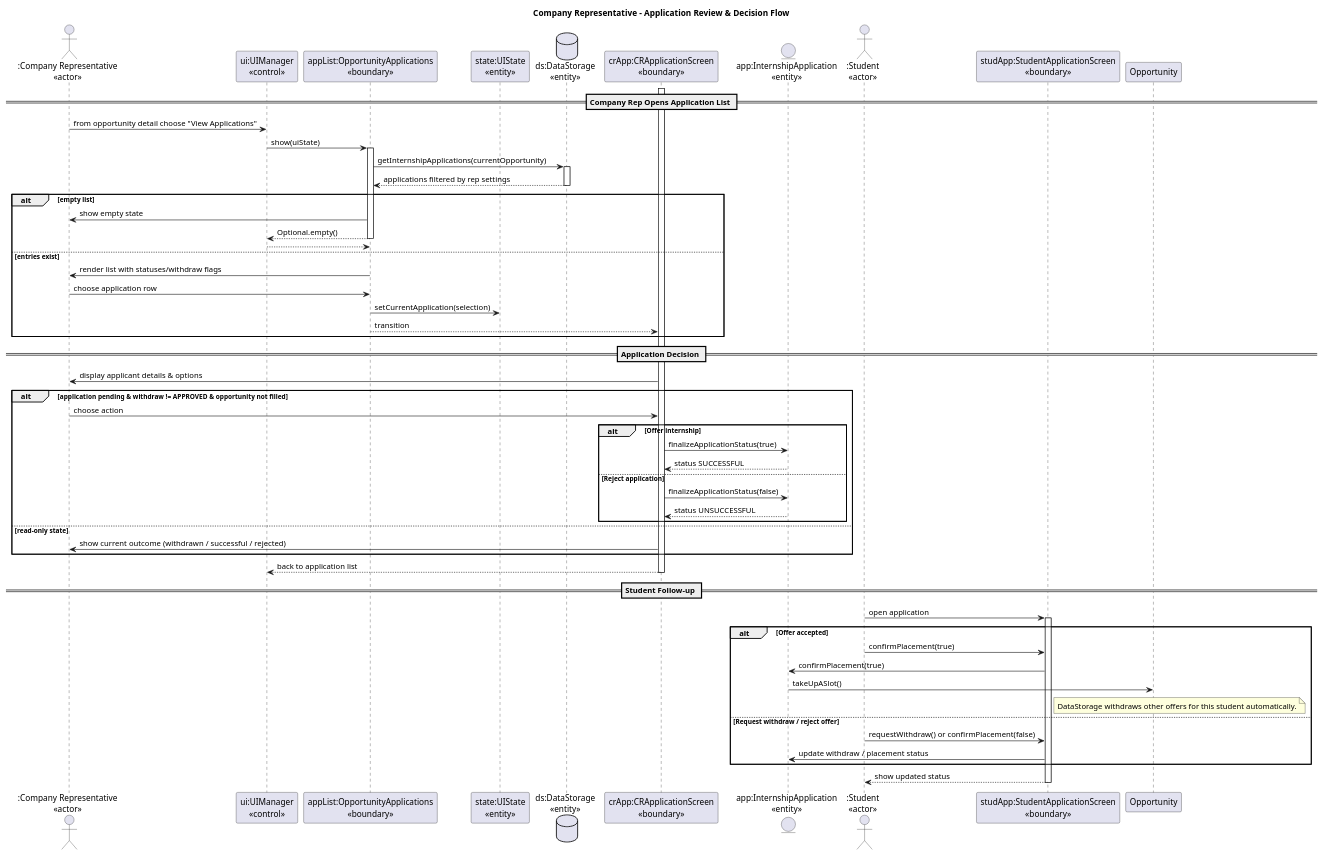
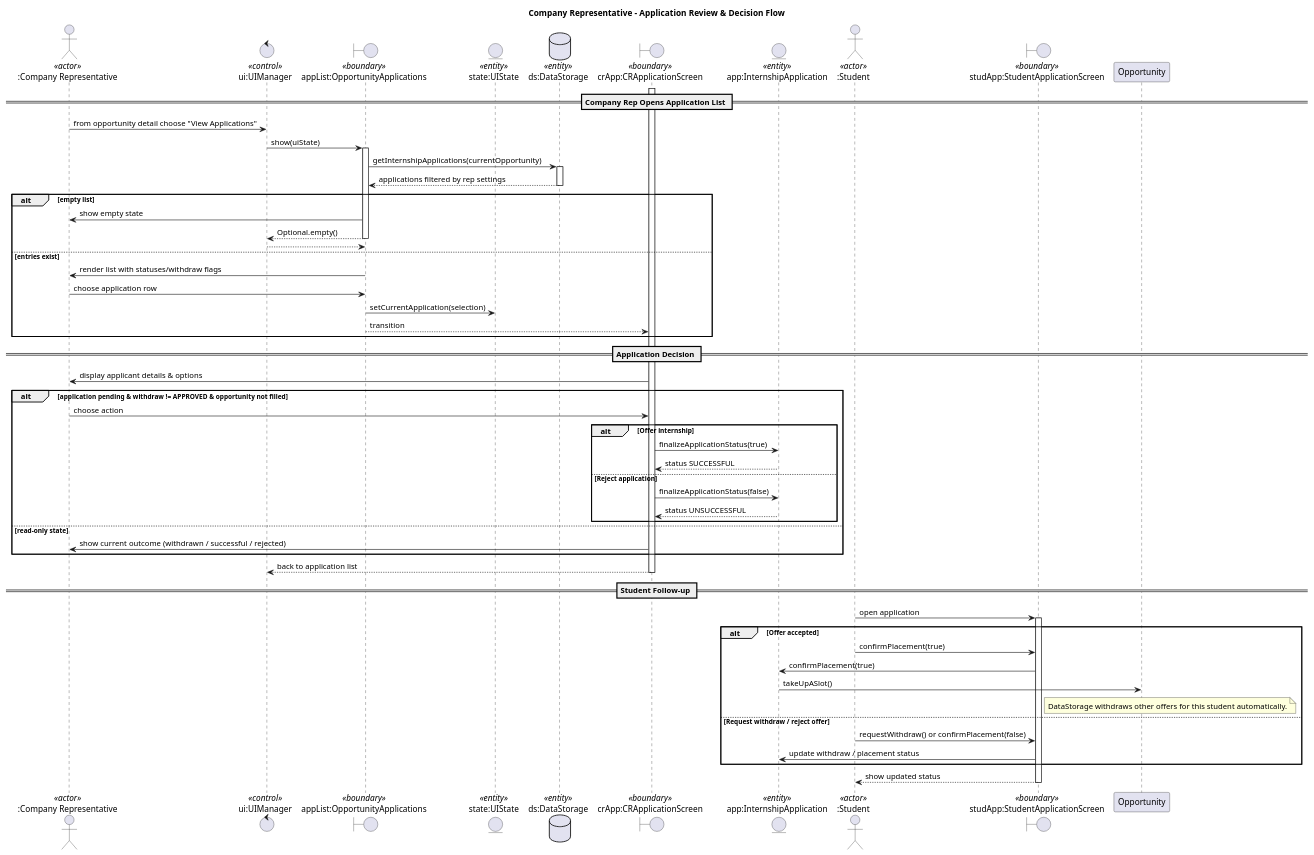
The diagram in docs/internship_management_system/UMLDiagrams/SequenceDiagrams/company_rep_application_flow.puml (wangxinyue9/SC2002), drawn with PlantUML before and after one commit. The commit also changed 3 other files, not shown here.

Commit message:
edited the sequence diagrams to show the uml class stereotypes correctly

```diff
--- a/docs/internship_management_system/UMLDiagrams/SequenceDiagrams/company_rep_application_flow.puml
+++ b/docs/internship_management_system/UMLDiagrams/SequenceDiagrams/company_rep_application_flow.puml
@@ -1,70 +1,70 @@
 @startuml
-title Company Representative – Application Review & Decision Flow
+title Company Representative - Application Review & Decision Flow
 
-actor ":Company Representative\n<<actor>>" as CR
-participant "ui:UIManager\n<<control>>" as UIManager
-participant "appList:OpportunityApplications\n<<boundary>>" as AppList
-participant "state:UIState\n<<entity>>" as UIState
-database "ds:DataStorage\n<<entity>>" as DataStorage
-participant "crApp:CRApplicationScreen\n<<boundary>>" as CRApp
-entity "app:InternshipApplication\n<<entity>>" as Application
-actor ":Student\n<<actor>>" as StudentUser
-participant "studApp:StudentApplicationScreen\n<<boundary>>" as StudentApp
+actor ":Company Representative" as CR <<actor>>
+control "ui:UIManager" as UIManager <<control>>
+boundary "appList:OpportunityApplications" as AppList <<boundary>>
+entity "state:UIState" as UIState <<entity>>
+database "ds:DataStorage" as DataStorage <<entity>>
+boundary "crApp:CRApplicationScreen" as CRApp <<boundary>>
+entity "app:InternshipApplication" as Application <<entity>>
+actor ":Student" as StudentUser <<actor>>
+boundary "studApp:StudentApplicationScreen" as StudentApp <<boundary>>
 
 == Company Rep Opens Application List ==
 CR -> UIManager: from opportunity detail choose "View Applications"
 UIManager -> AppList: show(uiState)
 activate AppList
 AppList -> DataStorage: getInternshipApplications(currentOpportunity)
 activate DataStorage
 DataStorage --> AppList: applications filtered by rep settings
 deactivate DataStorage
 alt empty list
     AppList -> CR: show empty state
     AppList --> UIManager: Optional.empty()
     deactivate AppList
     return
 else entries exist
     AppList -> CR: render list with statuses/withdraw flags
     CR -> AppList: choose application row
     AppList -> UIState: setCurrentApplication(selection)
     AppList --> CRApp: transition
 end
 deactivate AppList
 
 == Application Decision ==
 activate CRApp
 CRApp -> CR: display applicant details & options
 alt application pending & withdraw != APPROVED & opportunity not filled
     CR -> CRApp: choose action
     alt Offer internship
         CRApp -> Application: finalizeApplicationStatus(true)
         Application --> CRApp: status SUCCESSFUL
     else Reject application
         CRApp -> Application: finalizeApplicationStatus(false)
         Application --> CRApp: status UNSUCCESSFUL
     end
 else read-only state
     CRApp -> CR: show current outcome (withdrawn / successful / rejected)
 end
 CRApp --> UIManager: back to application list
 deactivate CRApp
 
 == Student Follow-up ==
 StudentUser -> StudentApp: open application
 activate StudentApp
 alt Offer accepted
     StudentUser -> StudentApp: confirmPlacement(true)
     StudentApp -> Application: confirmPlacement(true)
     Application -> Opportunity: takeUpASlot()
     note right of StudentApp
     DataStorage withdraws other offers for this student automatically.
     end note
 else Request withdraw / reject offer
     StudentUser -> StudentApp: requestWithdraw() or confirmPlacement(false)
     StudentApp -> Application: update withdraw / placement status
 end
 StudentApp --> StudentUser: show updated status
 deactivate StudentApp
 
 @enduml
```
